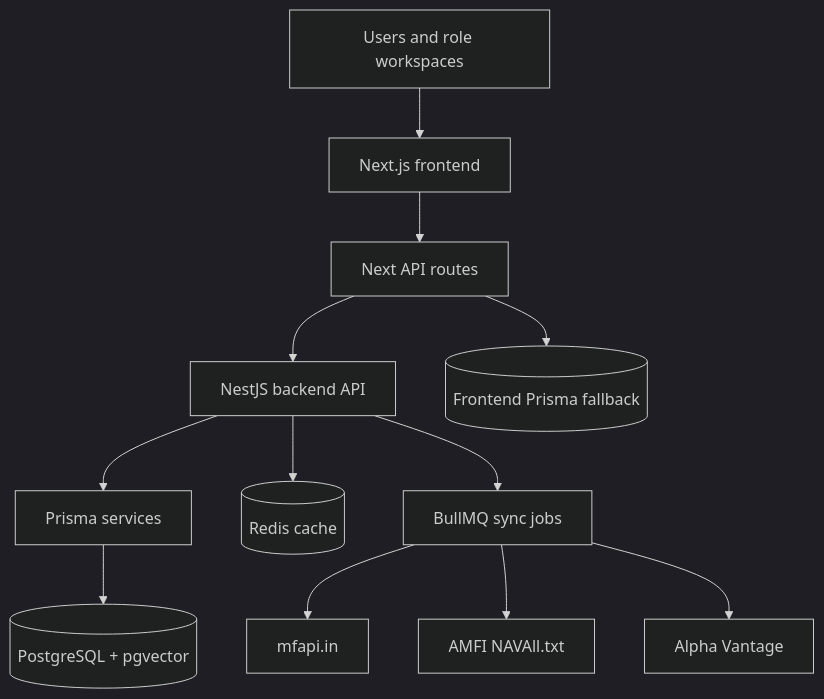
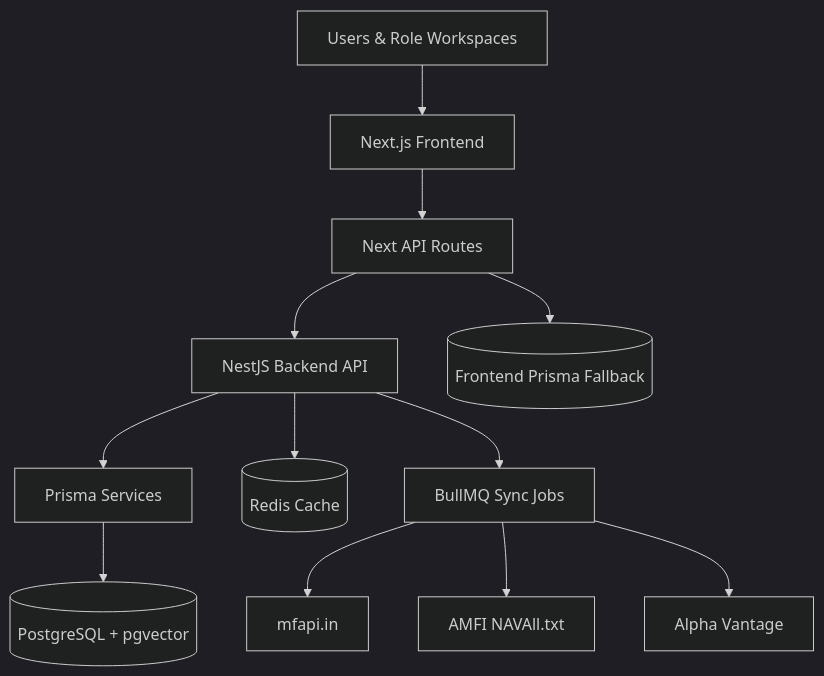
One commit to varunsahukar/Lumina changed the diagram in README.md. Above: the diagram before and after it, drawn with Mermaid (dark theme). The commit also changed other lines of this file, not shown here.

````diff
--- a/README.md
+++ b/README.md
@@ -48,14 +56,14 @@
 ```mermaid
 flowchart TD
-  User[Users and role workspaces] --> Next[Next.js frontend]
-  Next --> Proxy[Next API routes]
-  Proxy --> Nest[NestJS backend API]
-  Proxy --> LocalDb[(Frontend Prisma fallback)]
-  Nest --> Prisma[Prisma services]
+  User[Users & Role Workspaces] --> Next[Next.js Frontend]
+  Next --> Proxy[Next API Routes]
+  Proxy --> Nest[NestJS Backend API]
+  Proxy --> LocalDb[(Frontend Prisma Fallback)]
+  Nest --> Prisma[Prisma Services]
   Prisma --> Postgres[(PostgreSQL + pgvector)]
-  Nest --> Redis[(Redis cache)]
-  Nest --> Queue[BullMQ sync jobs]
+  Nest --> Redis[(Redis Cache)]
+  Nest --> Queue[BullMQ Sync Jobs]
   Queue --> MFAPI[mfapi.in]
   Queue --> AMFI[AMFI NAVAll.txt]
   Queue --> Alpha[Alpha Vantage]
 ```
````
